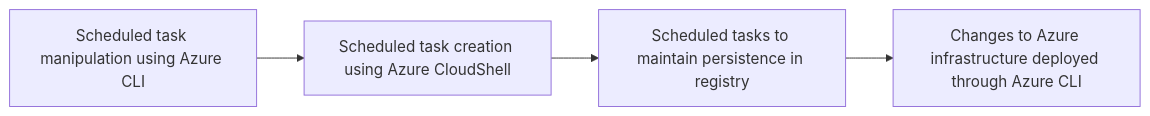
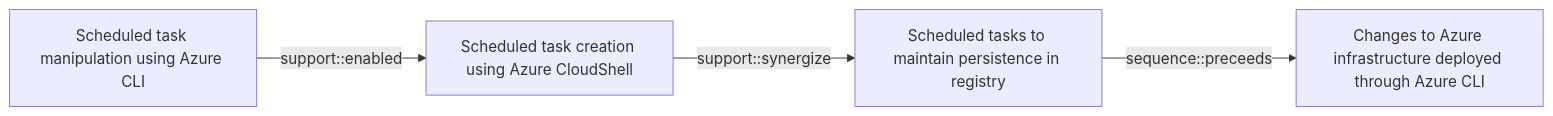
Before and after one commit to opentidehq/library: the diagram in docs/threats/scheduled-task-manipulation-using-azure-cli.md, drawn with Mermaid. The commit also changed other lines of this file and 277 other files, not shown here.

````diff
--- a/docs/threats/scheduled-task-manipulation-using-azure-cli.md
+++ b/docs/threats/scheduled-task-manipulation-using-azure-cli.md
@@ -56,10 +87,10 @@
 ```mermaid
 flowchart LR
 edfe43fd_4a92_4f2d_a733_40e235be1b25["Scheduled task manipulation using Azure CLI"]
 670504aa_cfb8_4d1f_a5ad_16193822085f["Scheduled task creation using Azure CloudShell"]
 5e66f826_4c4b_4357_b9c5_2f40da207f34["Scheduled tasks to maintain persistence in registry"]
 60c5b065_7d06_4697_850f_c2f80765f10b["Changes to Azure infrastructure deployed through Azure CLI"]
-edfe43fd_4a92_4f2d_a733_40e235be1b25 --> 670504aa_cfb8_4d1f_a5ad_16193822085f
-670504aa_cfb8_4d1f_a5ad_16193822085f --> 5e66f826_4c4b_4357_b9c5_2f40da207f34
-5e66f826_4c4b_4357_b9c5_2f40da207f34 --> 60c5b065_7d06_4697_850f_c2f80765f10b
+edfe43fd_4a92_4f2d_a733_40e235be1b25 -->|support::enabled| 670504aa_cfb8_4d1f_a5ad_16193822085f
+670504aa_cfb8_4d1f_a5ad_16193822085f -->|support::synergize| 5e66f826_4c4b_4357_b9c5_2f40da207f34
+5e66f826_4c4b_4357_b9c5_2f40da207f34 -->|sequence::preceeds| 60c5b065_7d06_4697_850f_c2f80765f10b
 ```
````
